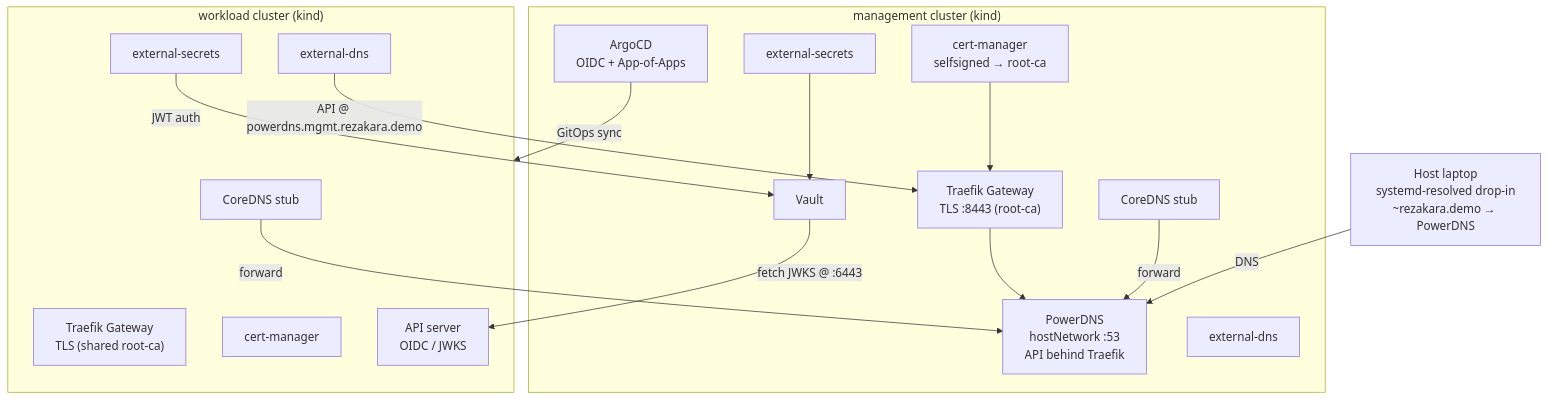
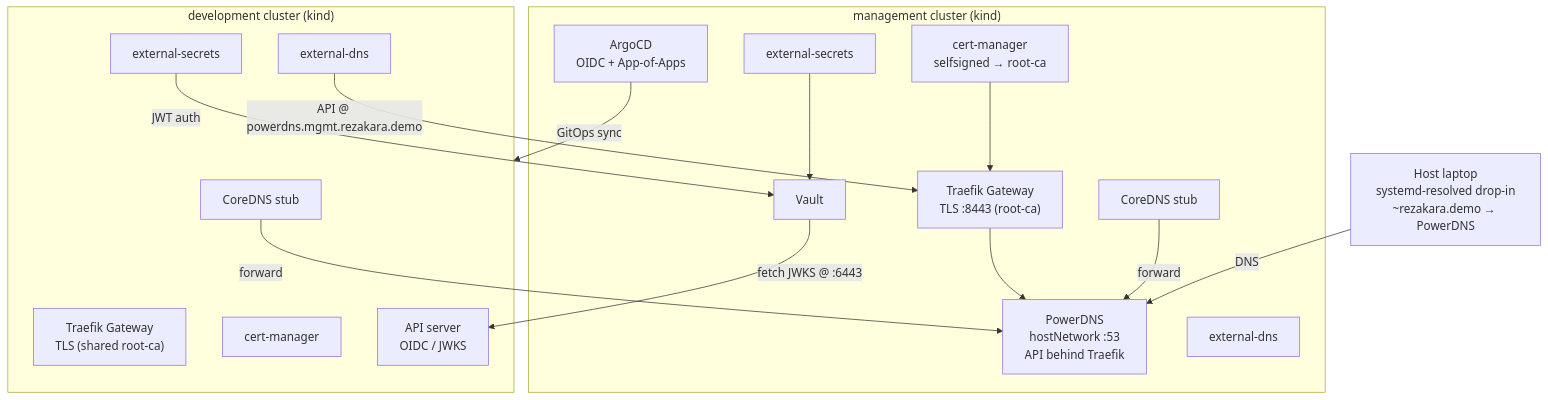
One commit to rezakaramad/kubepave changed the diagram in infra/local/kind/ARCHITECTURE.md. Above: the diagram before and after it, drawn with Mermaid. The commit also changed other lines of this file and 87 other files, not shown here.

First line of the commit message:
feat: rename workload to development (#16)

````diff
--- a/infra/local/kind/ARCHITECTURE.md
+++ b/infra/local/kind/ARCHITECTURE.md
@@ -17,34 +17,34 @@
 ```mermaid
 flowchart TB
     host["Host laptop<br/>systemd-resolved drop-in<br/>~rezakara.demo → PowerDNS"]
 
     subgraph mgmt["management cluster (kind)"]
         pdns["PowerDNS<br/>hostNetwork :53<br/>API behind Traefik"]
         coredns_m["CoreDNS stub"]
         traefik_m["Traefik Gateway<br/>TLS :8443 (root-ca)"]
         argocd["ArgoCD<br/>OIDC + App-of-Apps"]
         vault["Vault"]
         eso_m["external-secrets"]
         edns_m["external-dns"]
         cm_m["cert-manager<br/>selfsigned → root-ca"]
     end
 
-    subgraph wl["workload cluster (kind)"]
+    subgraph dev["development cluster (kind)"]
         coredns_w["CoreDNS stub"]
         traefik_w["Traefik Gateway<br/>TLS (shared root-ca)"]
         eso_w["external-secrets"]
         edns_w["external-dns"]
         cm_w["cert-manager"]
         api_w["API server<br/>OIDC / JWKS"]
     end
 
     host -->|DNS| pdns
     coredns_m -->|forward| pdns
     coredns_w -->|forward| pdns
-    argocd -->|GitOps sync| wl
+    argocd -->|GitOps sync| dev
     edns_w -->|"API @ powerdns.mgmt.rezakara.demo"| traefik_m --> pdns
     eso_w -->|JWT auth| vault
     vault -->|"fetch JWKS @ :6443"| api_w
     eso_m --> vault
     cm_m --> traefik_m
 ```
````
